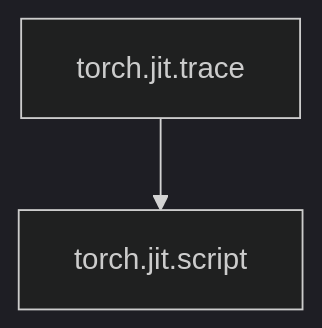
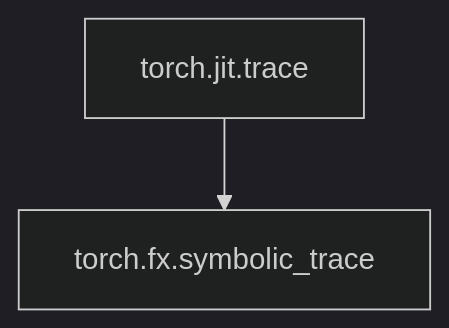
The diagram in _posts/2025-11-02-torchfx.md (yuehniu/homepage), drawn with Mermaid (dark theme) before and after one commit.

Commit message:
Blog: PyTorch Graph and Tracing

````diff
--- a/_posts/2025-11-02-torchfx.md
+++ b/_posts/2025-11-02-torchfx.md
@@ -22,4 +22,4 @@
 ```mermaid
-graph TD;
-    torch.jit.trace-->torch.jit.script;
+    graph TD;
+        torch.jit.trace-->torch.fx.symbolic_trace;
 ```
````
